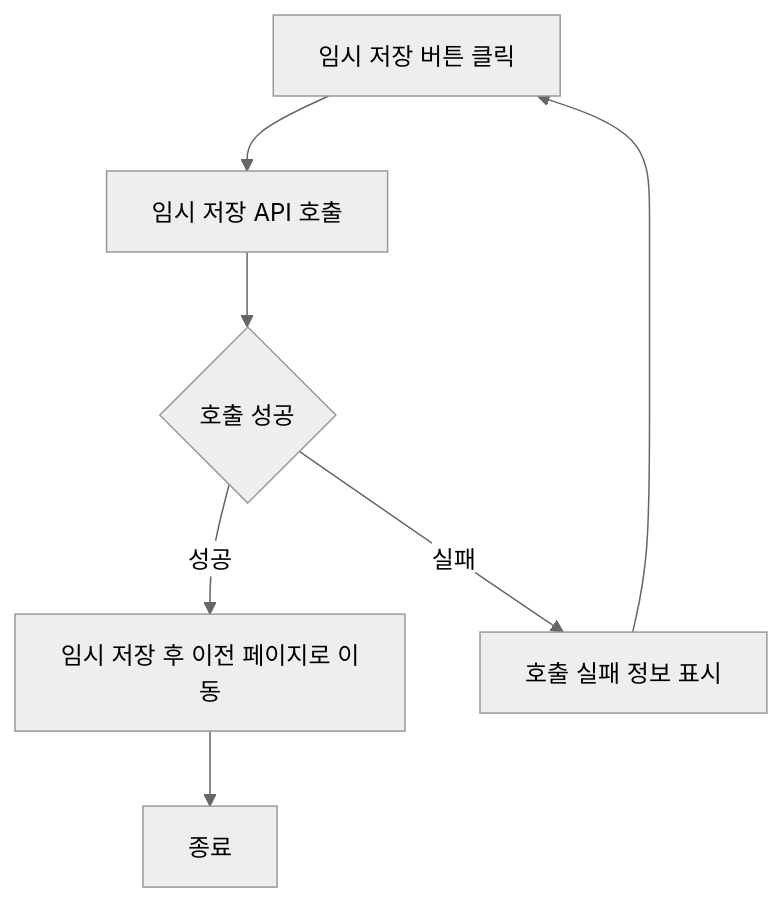
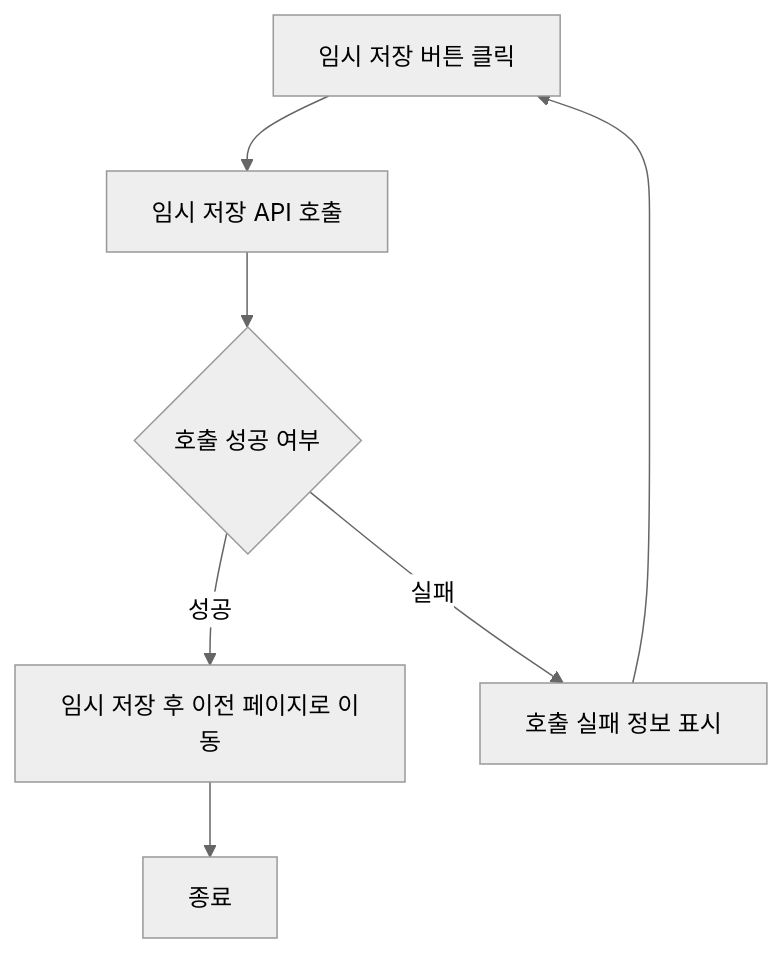
One commit to Dev-FE-2/3_swim_diary changed diagram 24 of 40 in design/기능정의서.md. Above: the diagram before and after it, drawn with Mermaid (neutral theme). The commit also changed other lines of this file and 1 other file, not shown here.

````diff
--- a/design/기능정의서.md
+++ b/design/기능정의서.md
@@ -59,7 +543,7 @@
     ```mermaid
     flowchart TD
     E[임시 저장 버튼 클릭] --> E2[임시 저장 API 호출]
-    E2 --> E4{호출 성공}
+    E2 --> E4{호출 성공 여부}
     E4 -- 성공 --> E1[임시 저장 후 이전 페이지로 이동] --> G[종료]
     E4 -- 실패 --> E3[호출 실패 정보 표시] --> E
     ```
````
